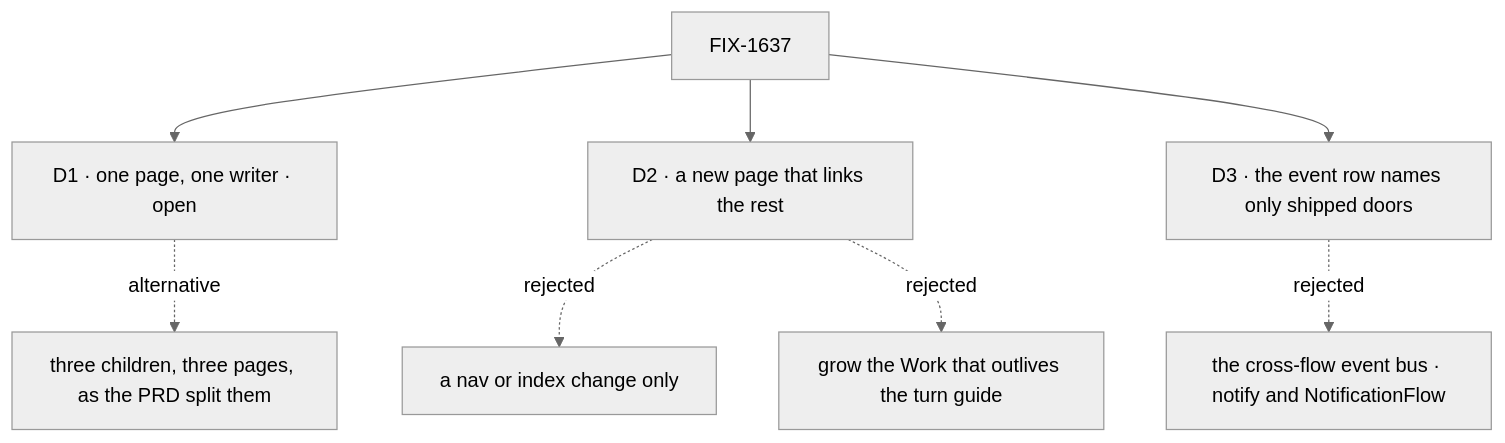
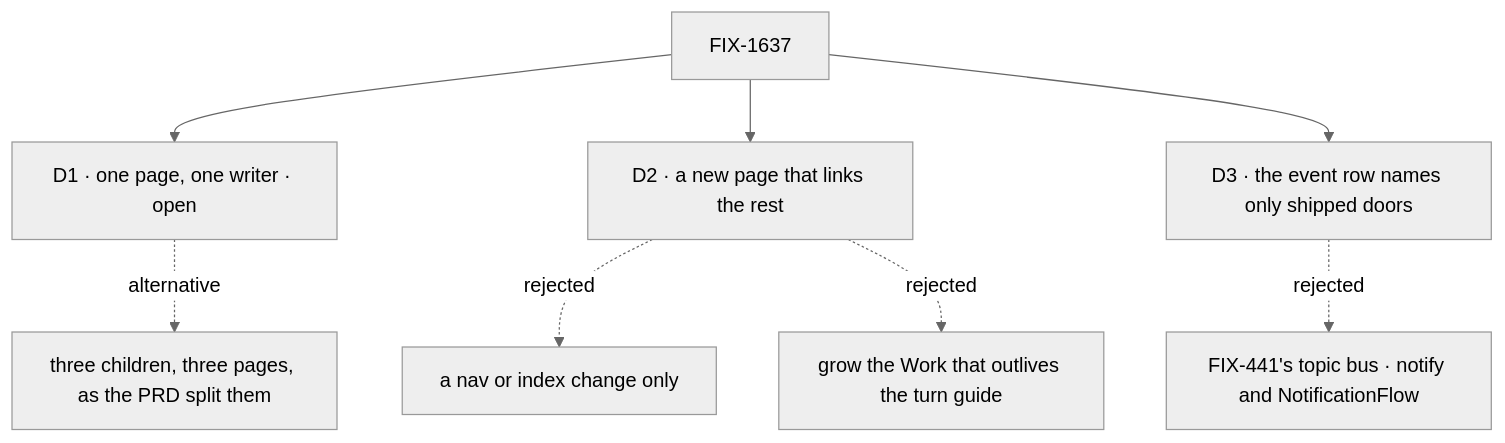
The diagram in specs/epics/FIX-1637/DECISIONS.md (fixpoint-labs/flow-state-dev), drawn with Mermaid (neutral theme) before and after one commit. The commit also changed other lines of this file and 7 other files, not shown here.

First line of the commit message:
spec(epic FIX-1637): fold review — D3 rejects the topic bus only, notification row reworded, fence scoped to the effective dispatcher

````diff
--- a/specs/epics/FIX-1637/DECISIONS.md
+++ b/specs/epics/FIX-1637/DECISIONS.md
@@ -11,10 +11,10 @@
 ```mermaid
 flowchart TD
   E["FIX-1637"] --> D1["D1 · one page, one writer · open"]
   D1 -.->|"alternative"| X1["three children, three pages, as the PRD split them"]
   E --> D2["D2 · a new page that links the rest"]
   D2 -.->|"rejected"| X2["a nav or index change only"]
   D2 -.->|"rejected"| X2b["grow the Work that outlives the turn guide"]
   E --> D3["D3 · the event row names only shipped doors"]
-  D3 -.->|"rejected"| X3["the cross-flow event bus · notify and NotificationFlow"]
+  D3 -.->|"rejected"| X3["FIX-441's topic bus · notify and NotificationFlow"]
 ```
````
